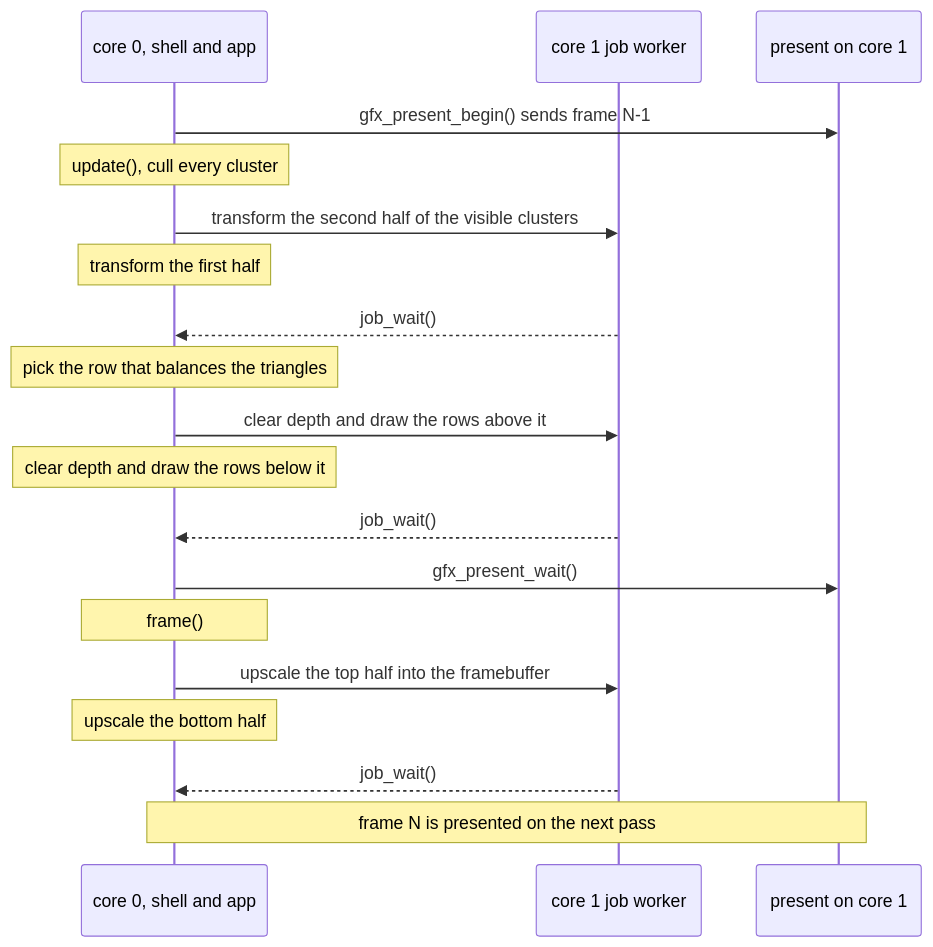
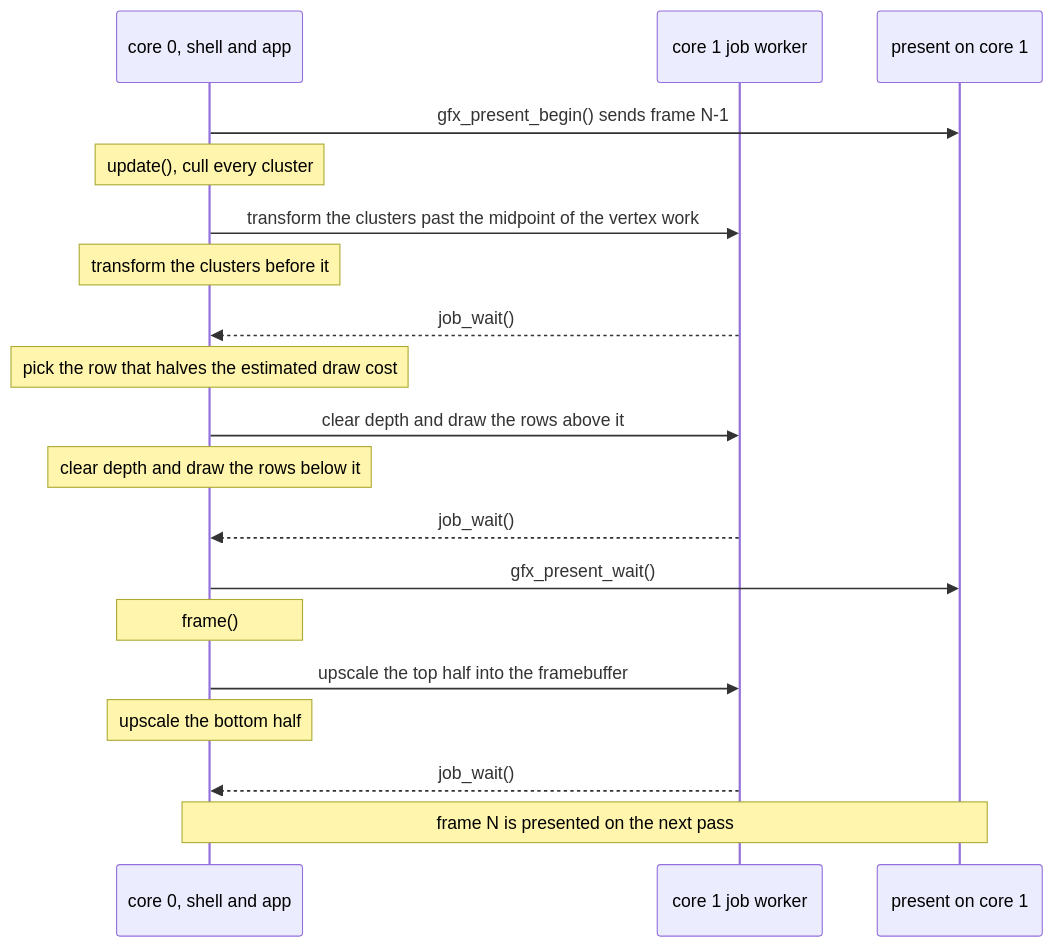
One commit to jose-villegas/autana changed the second of 3 diagrams in docs/Mesh-Rendering.md. Above: the diagram before and after it, drawn with Mermaid. The commit also changed 3 other files, not shown here.

Commit message:
r3d: the split tests state plain facts; no work splits at the middle; one row clamp

````diff
--- a/docs/Mesh-Rendering.md
+++ b/docs/Mesh-Rendering.md
@@ -96,21 +96,21 @@
 ```mermaid
 sequenceDiagram
     participant C0 as core 0, shell and app
     participant J as core 1 job worker
     participant P as present on core 1
     C0->>P: gfx_present_begin() sends frame N-1
     Note over C0: update(), cull every cluster
-    C0->>J: transform the second half of the visible clusters
-    Note over C0: transform the first half
+    C0->>J: transform the clusters past the midpoint of the vertex work
+    Note over C0: transform the clusters before it
     J-->>C0: job_wait()
-    Note over C0: pick the row that balances the triangles
+    Note over C0: pick the row that halves the estimated draw cost
     C0->>J: clear depth and draw the rows above it
     Note over C0: clear depth and draw the rows below it
     J-->>C0: job_wait()
     C0->>P: gfx_present_wait()
     Note over C0: frame()
     C0->>J: upscale the top half into the framebuffer
     Note over C0: upscale the bottom half
     J-->>C0: job_wait()
     Note over C0,P: frame N is presented on the next pass
 ```
````
